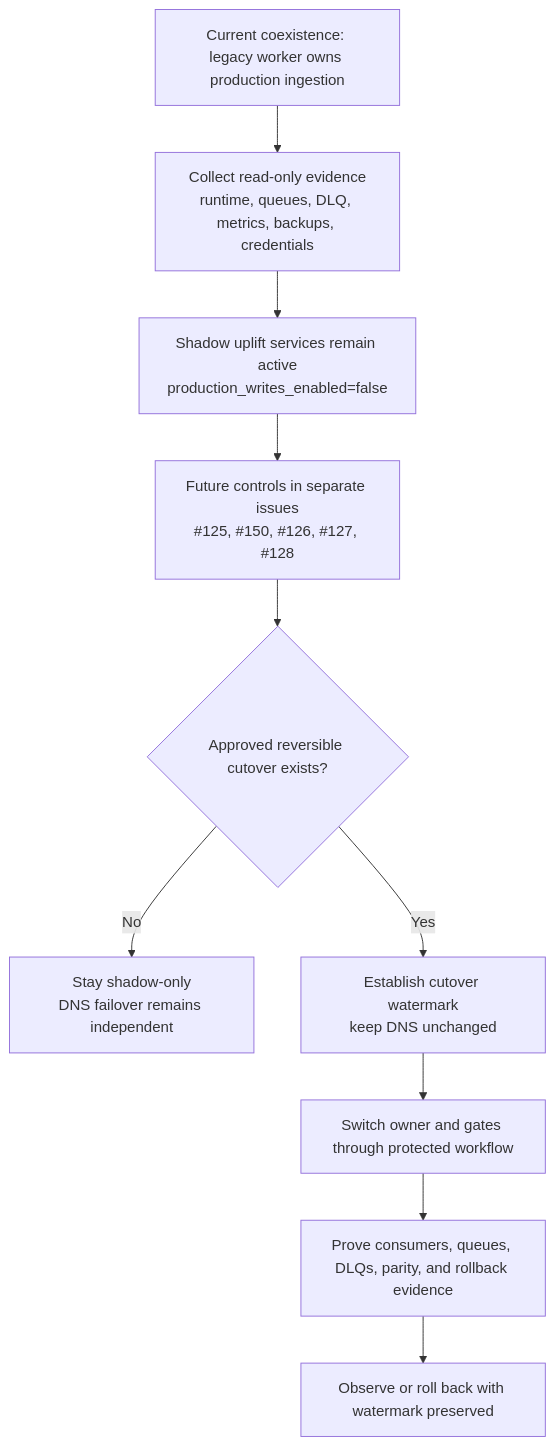
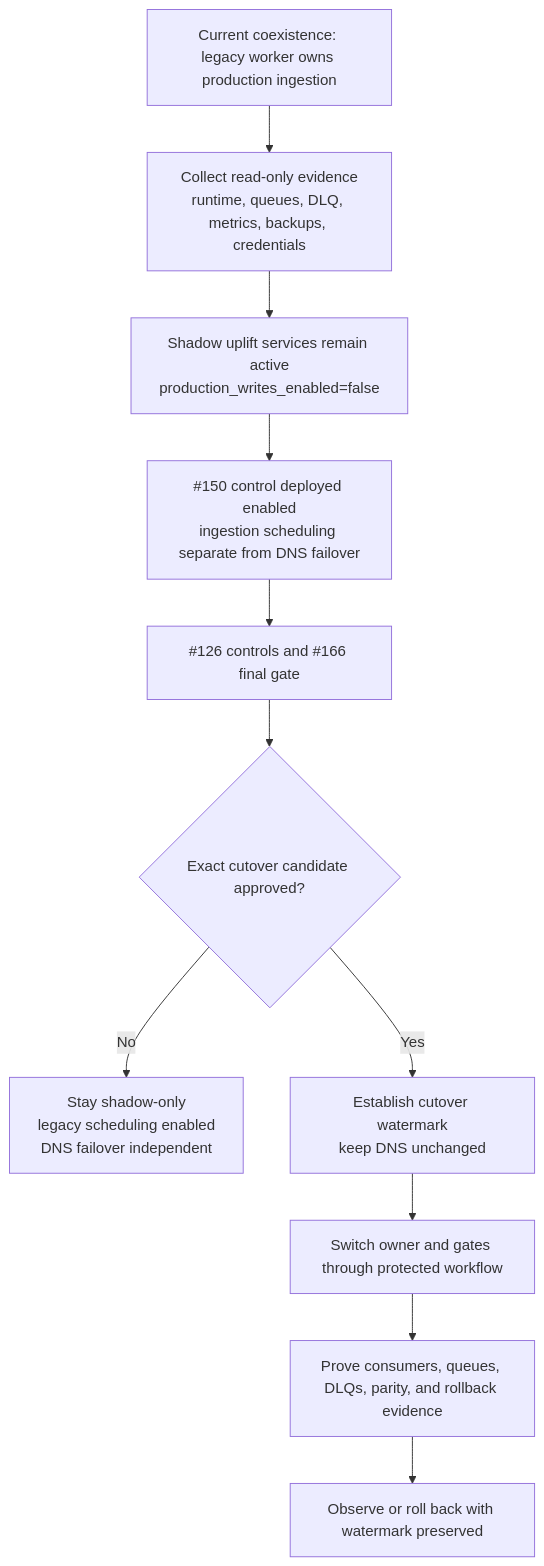
Before and after one commit to ramideltoro/nutsnews-docs: the diagram in diagrams/NUTSNEWS_WORKER_UPLIFT_OPERATIONS_CUTOVER_GUIDE.mmd, drawn with Mermaid. The commit also changed 3 other files, not shown here.

```diff
--- a/diagrams/NUTSNEWS_WORKER_UPLIFT_OPERATIONS_CUTOVER_GUIDE.mmd
+++ b/diagrams/NUTSNEWS_WORKER_UPLIFT_OPERATIONS_CUTOVER_GUIDE.mmd
@@ -1,17 +1,18 @@
 flowchart TD
   accTitle: Worker uplift operating state and future cutover gates
   accDescr {
     The diagram shows that legacy ingestion remains the production owner while operators
     gather read-only evidence and keep the uplift shadow-only. Future cutover can only
     happen after separate approved controls are added, the DNS failover system stays
     independent, and a reversible watermark-based switch is proven.
   }
   A[Current coexistence: legacy worker owns production ingestion] --> B[Collect read-only evidence\nruntime, queues, DLQ, metrics, backups, credentials]
   B --> C[Shadow uplift services remain active\nproduction_writes_enabled=false]
-  C --> D[Future controls in separate issues\n#125, #150, #126, #127, #128]
-  D --> E{Approved reversible cutover exists?}
-  E -- No --> F[Stay shadow-only\nDNS failover remains independent]
-  E -- Yes --> G[Establish cutover watermark\nkeep DNS unchanged]
-  G --> H[Switch owner and gates through protected workflow]
-  H --> I[Prove consumers, queues, DLQs, parity, and rollback evidence]
-  I --> J[Observe or roll back with watermark preserved]
+  C --> D[#150 control deployed enabled\ningestion scheduling separate from DNS failover]
+  D --> E[#126 controls and #166 final gate]
+  E --> F{Exact cutover candidate approved?}
+  F -- No --> G[Stay shadow-only\nlegacy scheduling enabled\nDNS failover independent]
+  F -- Yes --> H[Establish cutover watermark\nkeep DNS unchanged]
+  H --> I[Switch owner and gates through protected workflow]
+  I --> J[Prove consumers, queues, DLQs, parity, and rollback evidence]
+  J --> K[Observe or roll back with watermark preserved]
```
